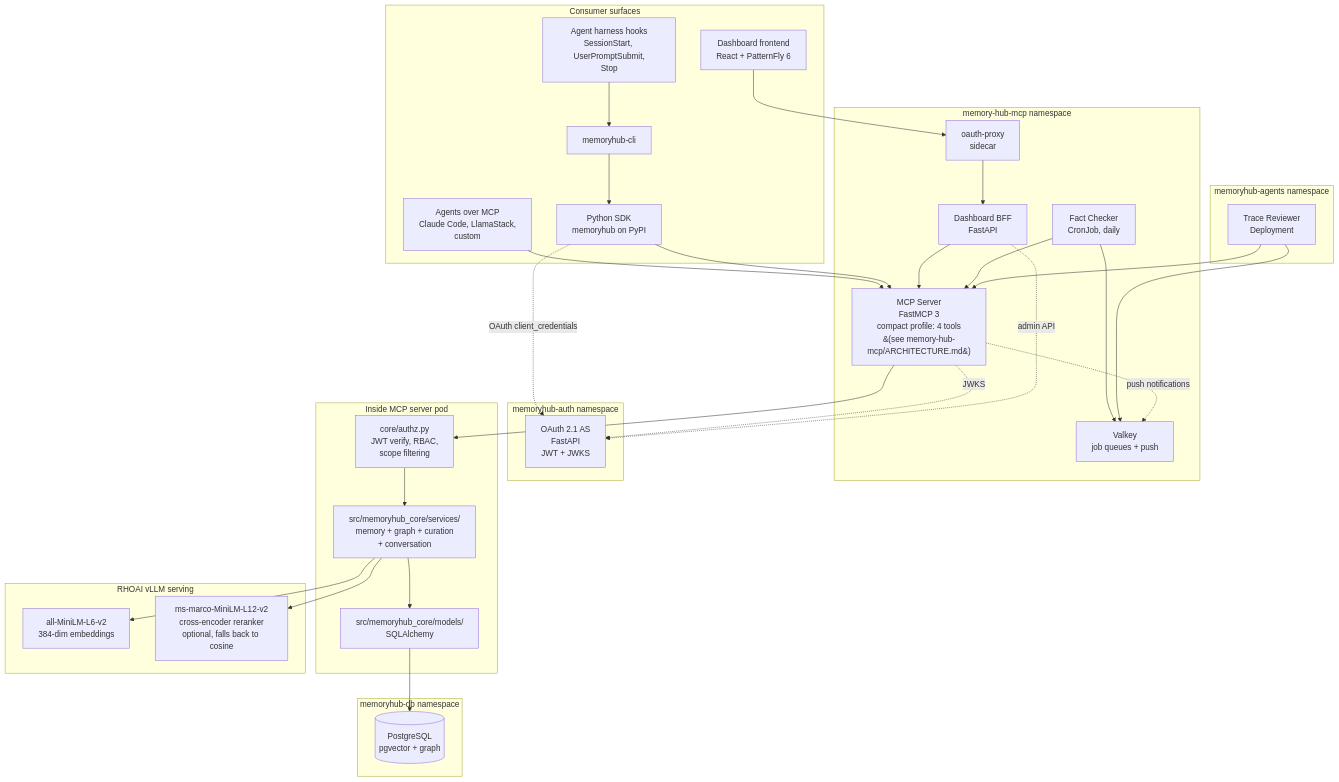
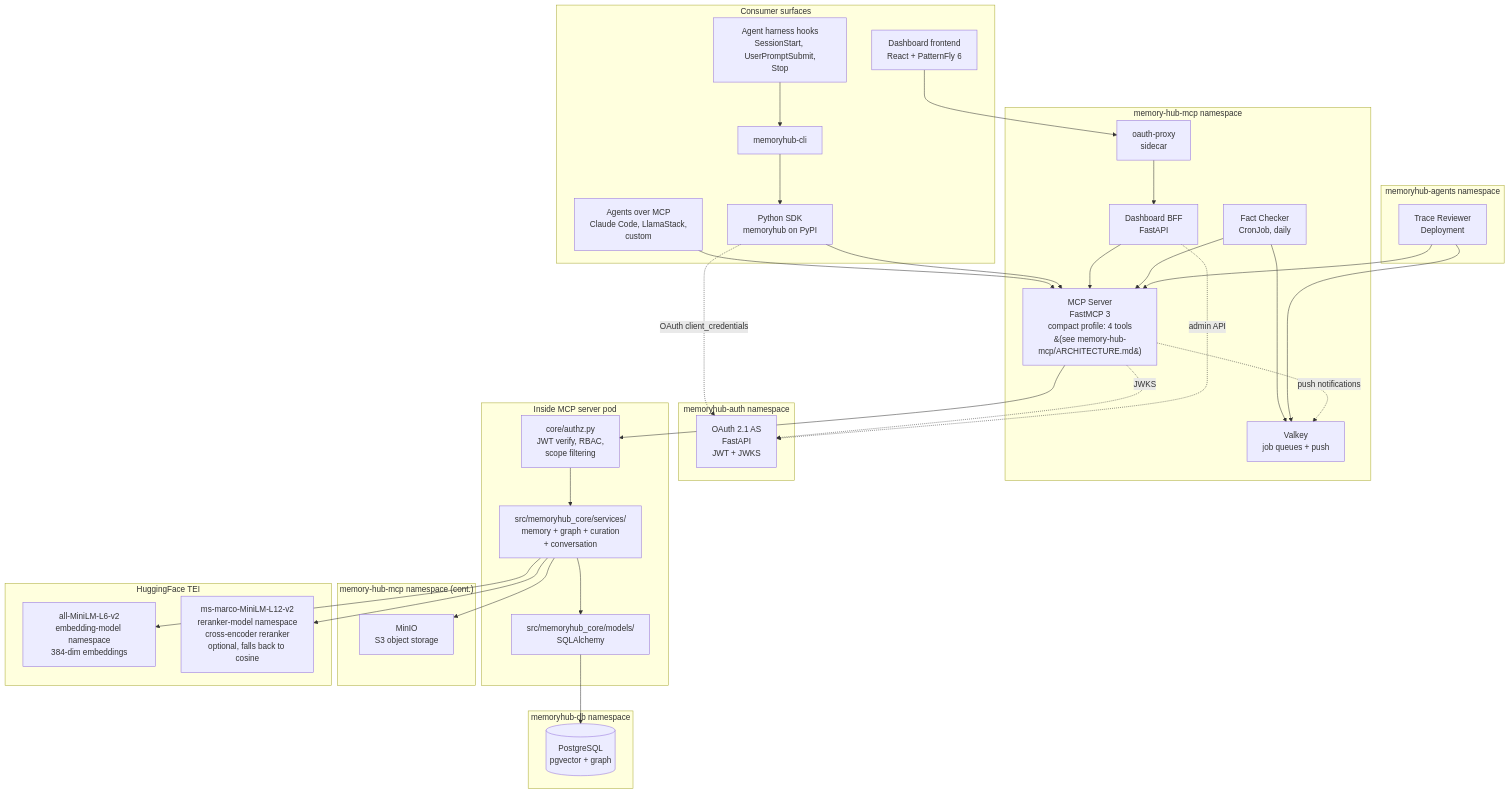
The second of 5 diagrams in docs/ARCHITECTURE.md (redhat-ai-americas/memory-hub), drawn with Mermaid before and after one commit. The commit also changed other lines of this file, not shown here.

First line of the commit message:
docs: Fix ARCHITECTURE.md -- TEI not vLLM, add MinIO/S3, update shipped status

````diff
--- a/docs/ARCHITECTURE.md
+++ b/docs/ARCHITECTURE.md
@@ -55,65 +55,70 @@
 ```mermaid
 graph TB
     subgraph "Consumer surfaces"
         AGENT[Agents over MCP<br/>Claude Code, LlamaStack,<br/>custom]
         SDK[Python SDK<br/>memoryhub on PyPI]
         CLI[memoryhub-cli]
         UI_FE[Dashboard frontend<br/>React + PatternFly 6]
         HOOKS[Agent harness hooks<br/>SessionStart, UserPromptSubmit,<br/>Stop]
     end
 
     subgraph "memory-hub-mcp namespace"
         MCP[MCP Server<br/>FastMCP 3<br/>compact profile: 4 tools<br/>&#40;see memory-hub-mcp/ARCHITECTURE.md&#41;]
         UI_BE[Dashboard BFF<br/>FastAPI]
         OAP[oauth-proxy<br/>sidecar]
         VK[Valkey<br/>job queues + push]
         FC[Fact Checker<br/>CronJob, daily]
     end
 
     subgraph "memoryhub-agents namespace"
         TR[Trace Reviewer<br/>Deployment]
     end
 
     subgraph "memoryhub-auth namespace"
         AUTH[OAuth 2.1 AS<br/>FastAPI<br/>JWT + JWKS]
     end
 
     subgraph "Inside MCP server pod"
         AUTHZ[core/authz.py<br/>JWT verify, RBAC,<br/>scope filtering]
         SVC[src/memoryhub_core/services/<br/>memory + graph + curation<br/>+ conversation]
         MOD[src/memoryhub_core/models/<br/>SQLAlchemy]
     end
 
     subgraph "memoryhub-db namespace"
         PG[(PostgreSQL<br/>pgvector + graph)]
     end
 
-    subgraph "RHOAI vLLM serving"
-        EMB[all-MiniLM-L6-v2<br/>384-dim embeddings]
-        RR[ms-marco-MiniLM-L12-v2<br/>cross-encoder reranker<br/>optional, falls back to cosine]
+    subgraph "memory-hub-mcp namespace (cont.)"
+        MINIO[MinIO<br/>S3 object storage]
+    end
+
+    subgraph "HuggingFace TEI"
+        EMB[all-MiniLM-L6-v2<br/>embedding-model namespace<br/>384-dim embeddings]
+        RR[ms-marco-MiniLM-L12-v2<br/>reranker-model namespace<br/>cross-encoder reranker<br/>optional, falls back to cosine]
     end
 
     AGENT --> MCP
     SDK --> MCP
     CLI --> SDK
     HOOKS --> CLI
     UI_FE --> OAP --> UI_BE --> MCP
 
     FC --> MCP
     FC --> VK
     TR --> MCP
     TR --> VK
 
     SDK -. OAuth client_credentials .-> AUTH
     MCP -. JWKS .-> AUTH
     UI_BE -. admin API .-> AUTH
 
     MCP --> AUTHZ
     AUTHZ --> SVC
     SVC --> MOD
     MOD --> PG
+    SVC --> MINIO
 
     SVC --> EMB
     SVC --> RR
     MCP -. push notifications .-> VK
 ```
````
